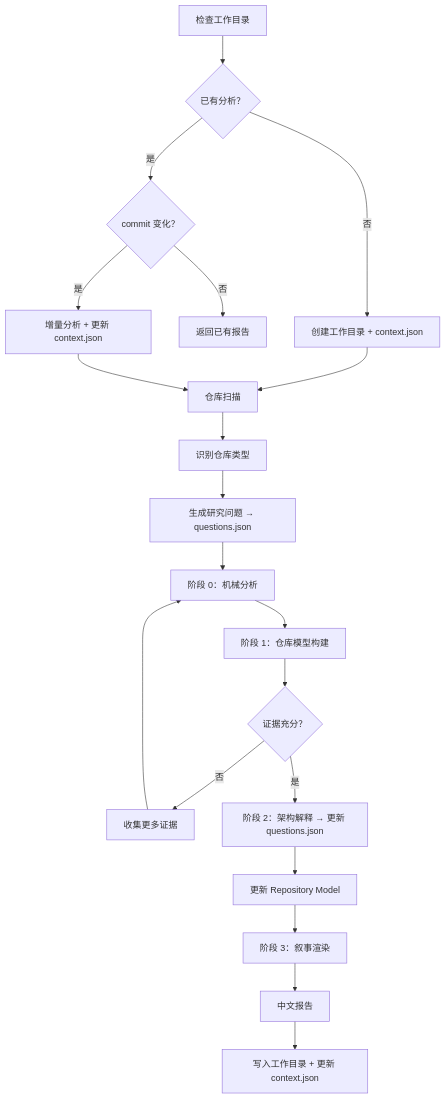
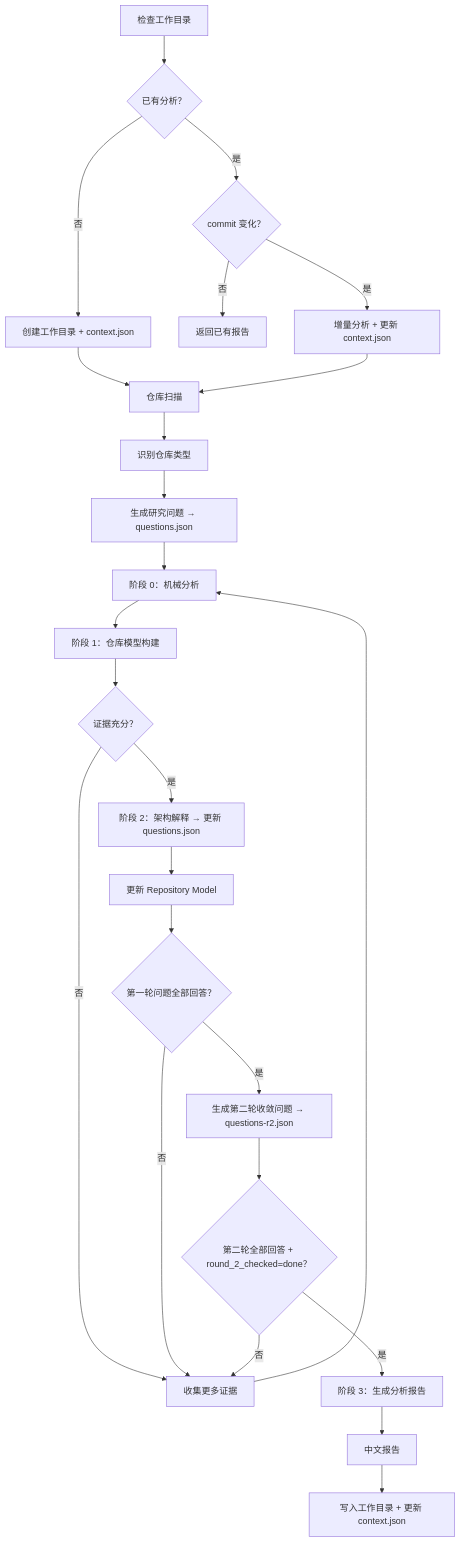
Before and after one commit to devweekly/devweekly.github.io: the first of 2 diagrams in .trae/skills/repo-research-v2/SKILL.md, drawn with Mermaid. The commit also changed other lines of this file and 1 other file, not shown here.

````diff
--- a/.trae/skills/repo-research-v2/SKILL.md
+++ b/.trae/skills/repo-research-v2/SKILL.md
@@ -192,22 +210,27 @@
 ```mermaid
 flowchart TD
     A[检查工作目录] --> B{已有分析？}
     B -- 否 --> C[创建工作目录 + context.json]
     B -- 是 --> D{commit 变化？}
     D -- 否 --> E[返回已有报告]
     D -- 是 --> F[增量分析 + 更新 context.json]
     C --> G[仓库扫描]
     F --> G
     G --> H[识别仓库类型]
     H --> I[生成研究问题 → questions.json]
     I --> J[阶段 0：机械分析]
     J --> K[阶段 1：仓库模型构建]
     K --> L{证据充分？}
     L -- 否 --> M[收集更多证据]
     M --> J
     L -- 是 --> N[阶段 2：架构解释 → 更新 questions.json]
     N --> O[更新 Repository Model]
-    O --> P[阶段 3：叙事渲染]
-    P --> Q[中文报告]
+    O --> P{第一轮问题全部回答？}
+    P -- 否 --> M
+    P -- 是 --> S[生成第二轮收敛问题 → questions-r2.json]
+    S --> T{第二轮全部回答 + round_2_checked=done？}
+    T -- 否 --> M
+    T -- 是 --> U[阶段 3：生成分析报告]
+    U --> Q[中文报告]
     Q --> R[写入工作目录 + 更新 context.json]
 ```
````
